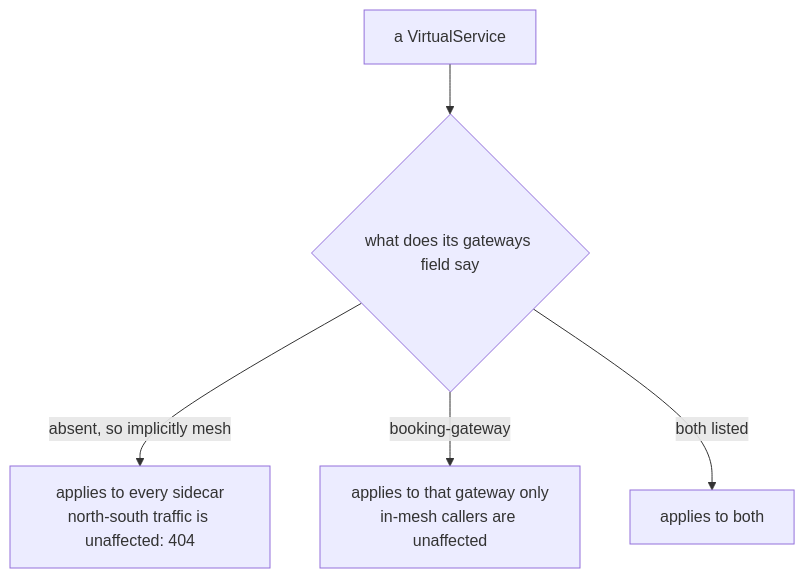
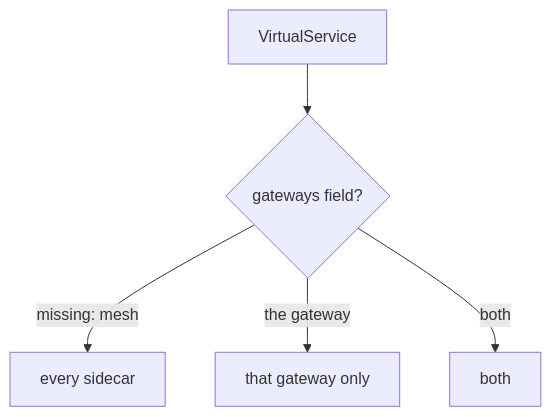
The diagram in sections/section-060/module-01/course-02-binding-routes-with-gateways.md (astrona-io/ATS014), drawn with Mermaid before and after one commit. The commit also changed other lines of this file and 444 other files, not shown here.

````diff
--- a/sections/section-060/module-01/course-02-binding-routes-with-gateways.md
+++ b/sections/section-060/module-01/course-02-binding-routes-with-gateways.md
@@ -44,7 +50,7 @@
 ```mermaid
-flowchart TD
-    V["a VirtualService"] --> Q{"what does its gateways field say"}
-    Q -->|"absent, so implicitly mesh"| M["applies to every sidecar<br/>north-south traffic is unaffected: 404"]
-    Q -->|"booking-gateway"| G["applies to that gateway only<br/>in-mesh callers are unaffected"]
-    Q -->|"both listed"| B["applies to both"]
+flowchart TB
+    V["VirtualService"] --> Q{"gateways field?"}
+    Q -->|"missing: mesh"| M["every sidecar"]
+    Q -->|"the gateway"| G["that gateway only"]
+    Q -->|"both"| B["both"]
 ```
````
